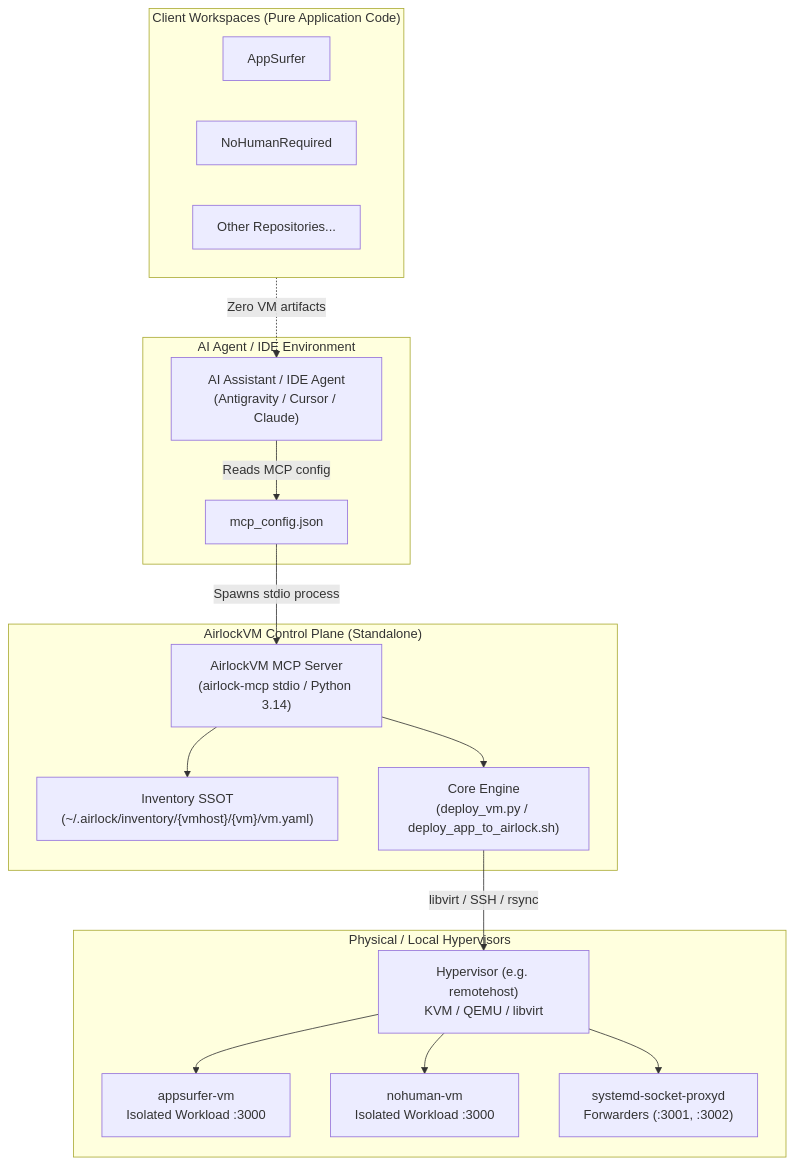
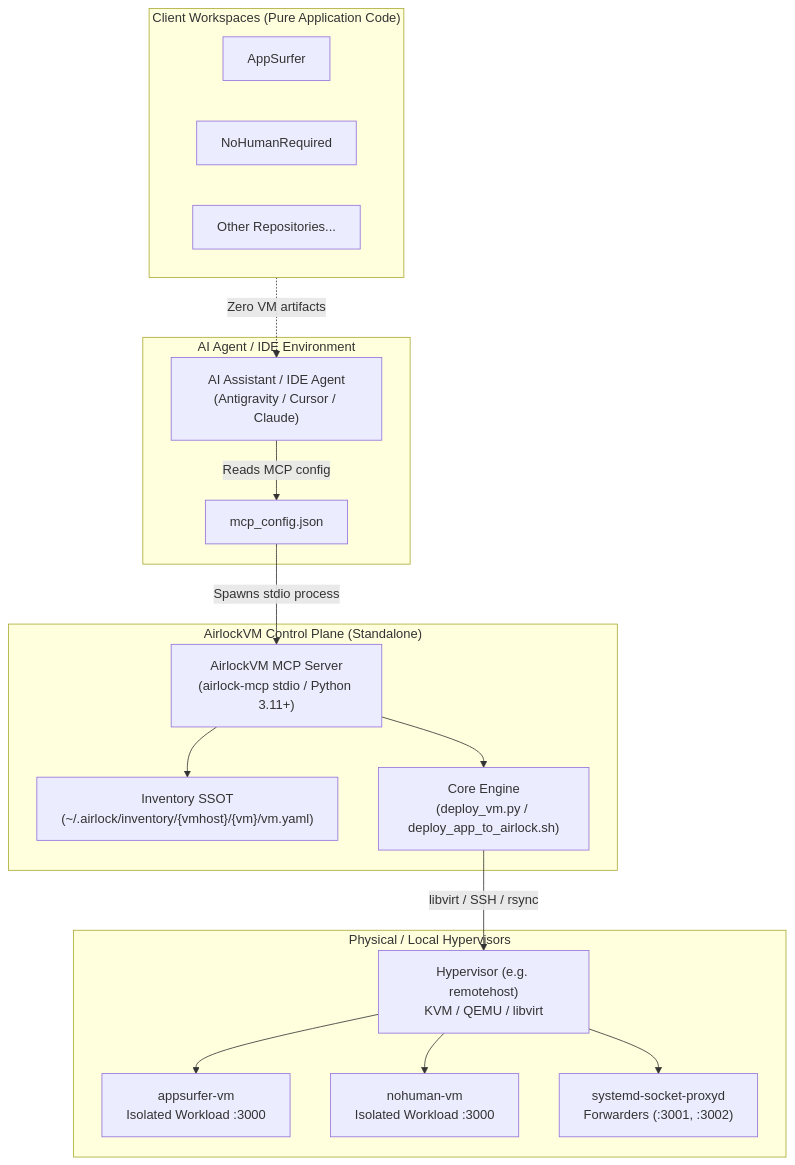
Before and after one commit to simplybarter/AirlockVM: the diagram in docs/MCP_SERVER.md, drawn with Mermaid. The commit also changed other lines of this file and 3 other files, not shown here.

````diff
--- a/docs/MCP_SERVER.md
+++ b/docs/MCP_SERVER.md
@@ -13,36 +13,36 @@
 ```mermaid
 flowchart TD
     subgraph ClientProjects["Client Workspaces (Pure Application Code)"]
         A["AppSurfer"]
         B["NoHumanRequired"]
         C["Other Repositories..."]
     end
 
     subgraph AgentEnvironment["AI Agent / IDE Environment"]
         IDE["AI Assistant / IDE Agent<br/>(Antigravity / Cursor / Claude)"]
         Config["mcp_config.json"]
     end
 
     subgraph AirlockVMControlPlane["AirlockVM Control Plane (Standalone)"]
-        MCP["AirlockVM MCP Server<br/>(airlock-mcp stdio / Python 3.14)"]
+        MCP["AirlockVM MCP Server<br/>(airlock-mcp stdio / Python 3.11+)"]
         SSOT["Inventory SSOT<br/>(~/.airlock/inventory/{vmhost}/{vm}/vm.yaml)"]
         Core["Core Engine<br/>(deploy_vm.py / deploy_app_to_airlock.sh)"]
     end
 
     subgraph Hypervisors["Physical / Local Hypervisors"]
         Hyp["Hypervisor (e.g. remotehost)<br/>KVM / QEMU / libvirt"]
         VM1["appsurfer-vm<br/>Isolated Workload :3000"]
         VM2["nohuman-vm<br/>Isolated Workload :3000"]
         Proxy["systemd-socket-proxyd<br/>Forwarders (:3001, :3002)"]
     end
 
     ClientProjects -.->|Zero VM artifacts| IDE
     IDE -->|Reads MCP config| Config
     Config -->|Spawns stdio process| MCP
     MCP --> SSOT
     MCP --> Core
     Core -->|libvirt / SSH / rsync| Hyp
     Hyp --> VM1
     Hyp --> VM2
     Hyp --> Proxy
 ```
````
